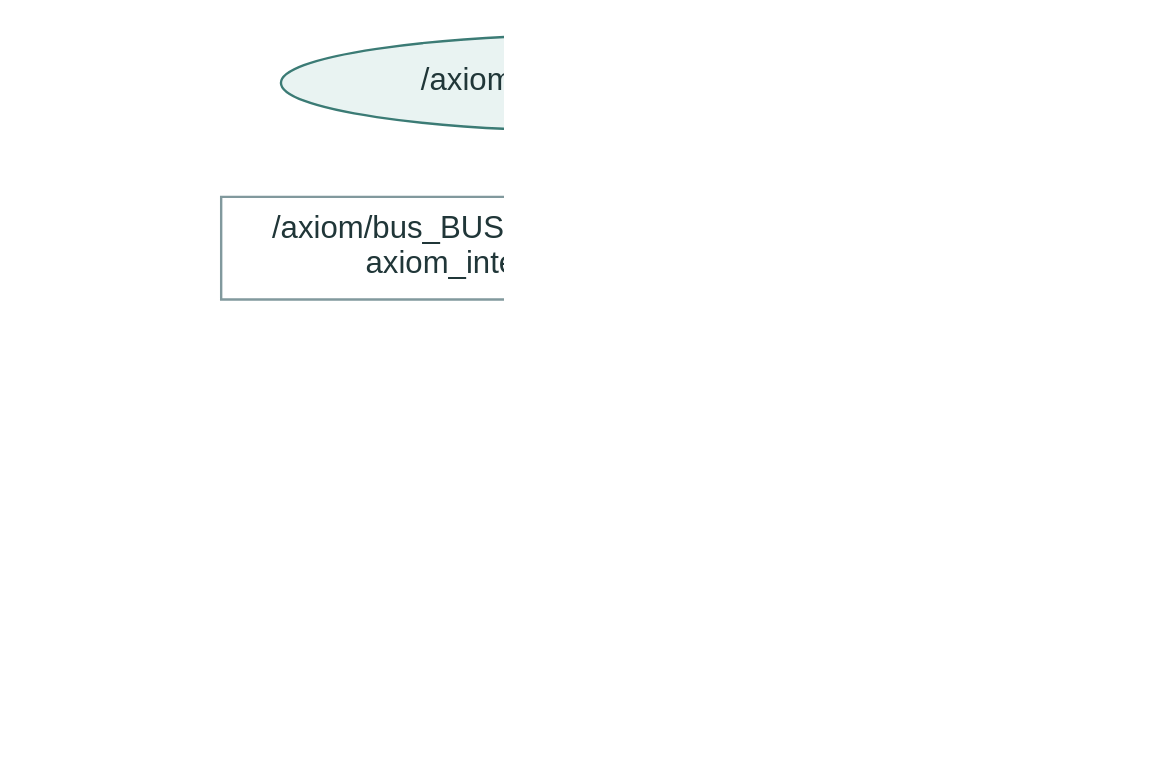
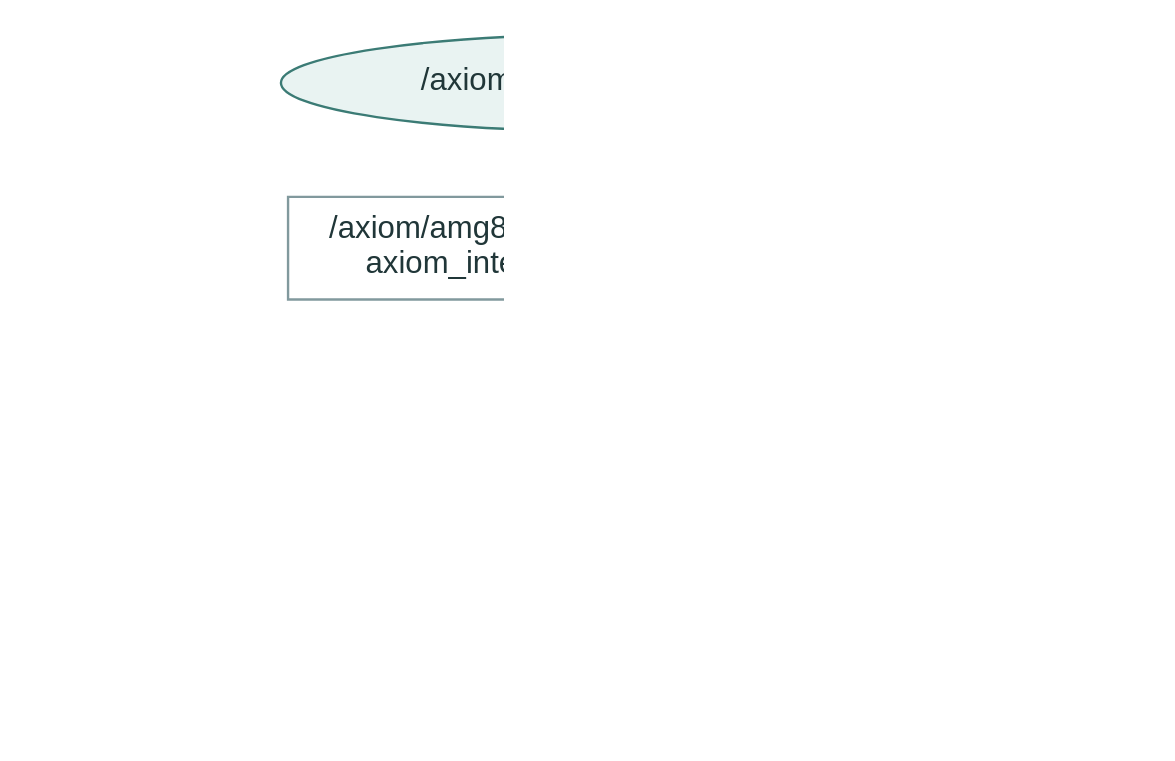
One commit to robotical/axiom-ros2 changed the diagram in docs/ros-graphs/ros2-thermal-graph.dot. Above: the diagram before and after it, drawn with Graphviz. The commit also changed 70 other files, not shown here.

```diff
--- a/docs/ros-graphs/ros2-thermal-graph.dot
+++ b/docs/ros-graphs/ros2-thermal-graph.dot
@@ -1,18 +1,18 @@
 digraph ros {
 
   graph [bgcolor="white", rankdir=TB, pad="0.25", nodesep="0.35", ranksep="0.5", fontname="Helvetica", dpi=180];
   node [fontname="Helvetica", fontsize=17, fontcolor="#203638", color="#81999d", penwidth=1.3, margin="0.16,0.12", shape=box, style=filled, fillcolor="white"];
   edge [fontname="Helvetica", fontsize=13, color="#517979", fontcolor="#49676d", penwidth=1.4, arrowsize=0.75];
 
   driver [shape=ellipse, fillcolor="#e9f3f2", color="#3b7b75", label="/axiom/axiom_bridge_node"];
-  grid [label="/axiom/bus_BUS/device_ADDRESS/thermal/grid\naxiom_interfaces/msg/ThermalGrid"];
+  grid [label="/axiom/amg8833_bBUS_ADDRESS/grid\naxiom_interfaces/msg/ThermalGrid"];
   adapter [shape=ellipse, fillcolor="#e9f3f2", color="#3b7b75", label="/sensing/thermal_grid_visualizer"];
   markers [label="/sensing/thermal_heatmap\nvisualization_msgs/msg/Marker"];
   labels [label="/sensing/thermal_heatmap_labels\nvisualization_msgs/msg/MarkerArray"];
   rviz [shape=ellipse, fillcolor="#e9f3f2", color="#3b7b75", label="/rviz2"];
   driver -> grid -> adapter;
   adapter -> markers -> rviz;
   adapter -> labels -> rviz;
   {rank=same; markers; labels;}
 
 }
```
